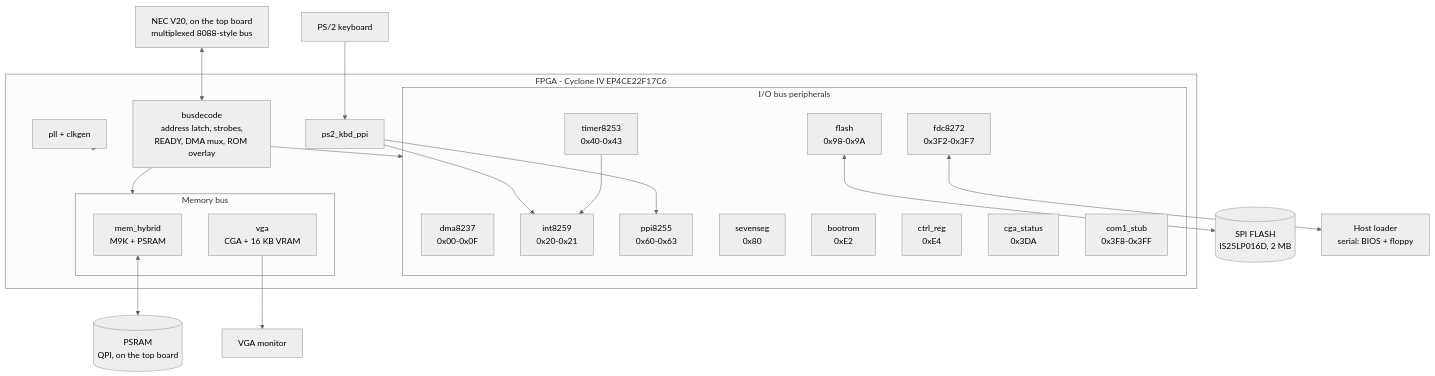
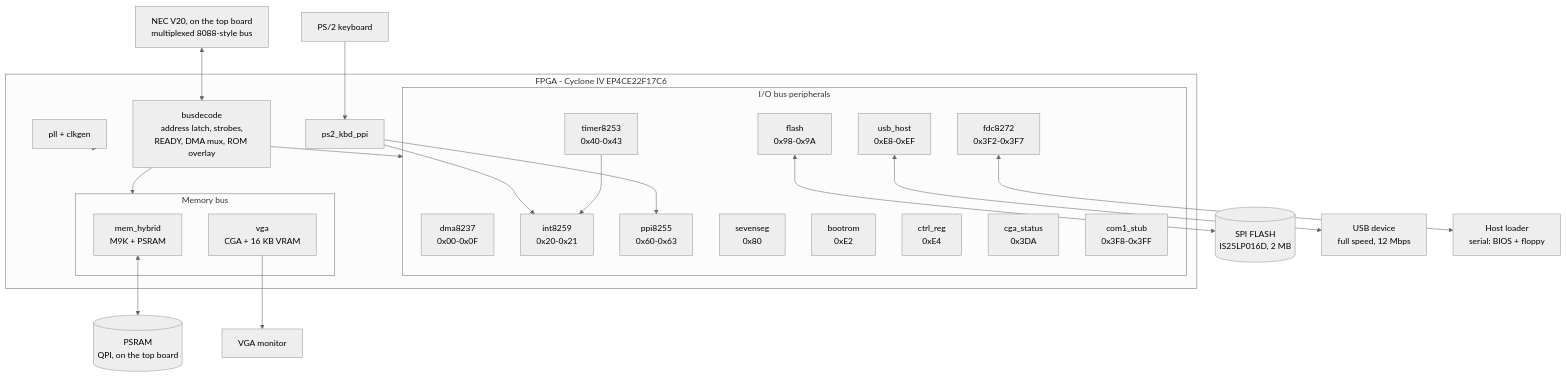
Before and after one commit to mathijsvandenberg/gertieboard: the diagram in docs/architecture.md, drawn with Mermaid (neutral theme). The commit also changed other lines of this file and 18 other files, not shown here.

````diff
--- a/docs/architecture.md
+++ b/docs/architecture.md
@@ -14,49 +14,52 @@
 ```mermaid
 flowchart TB
     CPU["NEC V20, on the top board<br/>multiplexed 8088-style bus"]
 
     subgraph FPGA["FPGA - Cyclone IV EP4CE22F17C6"]
         BD["busdecode<br/>address latch, strobes,<br/>READY, DMA mux, ROM overlay"]
 
         subgraph IOB["I/O bus peripherals"]
             DMA["dma8237<br/>0x00-0x0F"]
             PIC["int8259<br/>0x20-0x21"]
             PIT["timer8253<br/>0x40-0x43"]
             PPI["ppi8255<br/>0x60-0x63"]
             SEG["sevenseg<br/>0x80"]
             SPI["flash<br/>0x98-0x9A"]
             BR["bootrom<br/>0xE2"]
             CR["ctrl_reg<br/>0xE4"]
             CST["cga_status<br/>0x3DA"]
             FDC["fdc8272<br/>0x3F2-0x3F7"]
             COM["com1_stub<br/>0x3F8-0x3FF"]
+            USB["usb_host<br/>0xE8-0xEF"]
         end
 
         subgraph MEMB["Memory bus"]
             MH["mem_hybrid<br/>M9K + PSRAM"]
             VGA["vga<br/>CGA + 16 KB VRAM"]
         end
 
         KBD["ps2_kbd_ppi"]
         CLK["pll + clkgen"]
     end
 
     RAM[("PSRAM<br/>QPI, on the top board")]
     FL[("SPI FLASH<br/>IS25LP016D, 2 MB")]
+    DEV["USB device<br/>full speed, 12 Mbps"]
     MON["VGA monitor"]
     KB["PS/2 keyboard"]
     HOST["Host loader<br/>serial: BIOS + floppy"]
 
     CPU <--> BD
     BD --> IOB
     BD --> MEMB
     MH <--> RAM
     SPI <--> FL
+    USB <--> DEV
     VGA --> MON
     KB --> KBD
     KBD --> PPI
     KBD --> PIC
     FDC <--> HOST
     PIT --> PIC
     CLK --> FPGA
 ```
````
